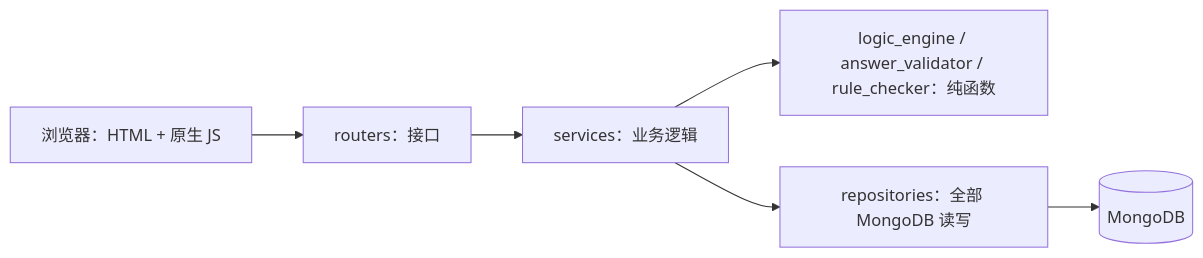
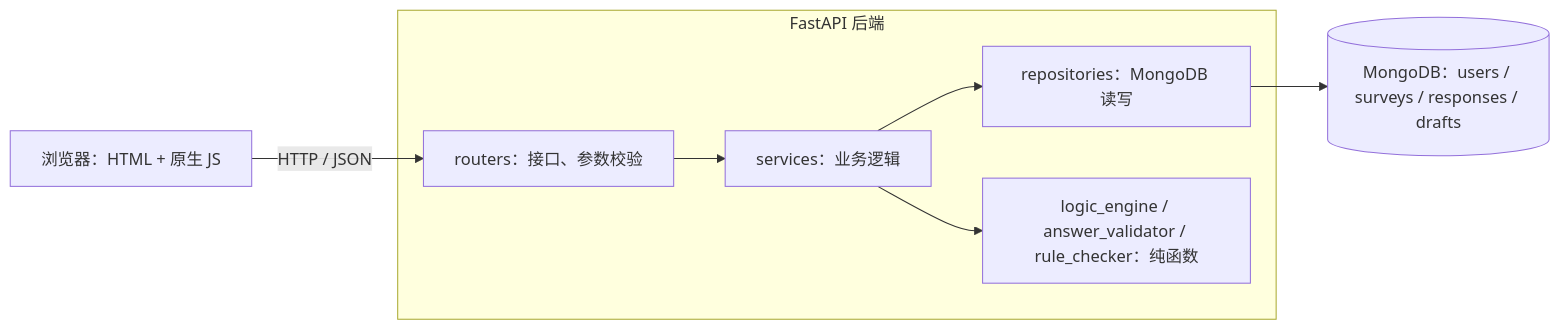
Before and after one commit to autu-mn/mongo-survey: the fourth of 8 diagrams in docs/项目完成报告.md, drawn with Mermaid. The commit also changed other lines of this file and 7 other files, not shown here.

Commit message:
docs: 更新 AI 使用日志、项目完成报告与截图；作业要求文件不再纳入版本库

````diff
--- a/docs/项目完成报告.md
+++ b/docs/项目完成报告.md
@@ -65,8 +137,10 @@
 ```mermaid
 flowchart LR
-    Browser["浏览器：HTML + 原生 JS"] --> Routers["routers：接口"]
-    Routers --> Services["services：业务逻辑"]
-    Services --> Pure["logic_engine / answer_validator / rule_checker：纯函数"]
-    Services --> Repos["repositories：全部 MongoDB 读写"]
-    Repos --> Mongo[("MongoDB")]
+    Browser["浏览器：HTML + 原生 JS"] -->|"HTTP / JSON"| Routers
+    subgraph backend ["FastAPI 后端"]
+        Routers["routers：接口、参数校验"] --> Services["services：业务逻辑"]
+        Services --> Repos["repositories：MongoDB 读写"]
+        Services --> Pure["logic_engine / answer_validator / rule_checker：纯函数"]
+    end
+    Repos --> Mongo[("MongoDB：users / surveys / responses / drafts")]
 ```
````
